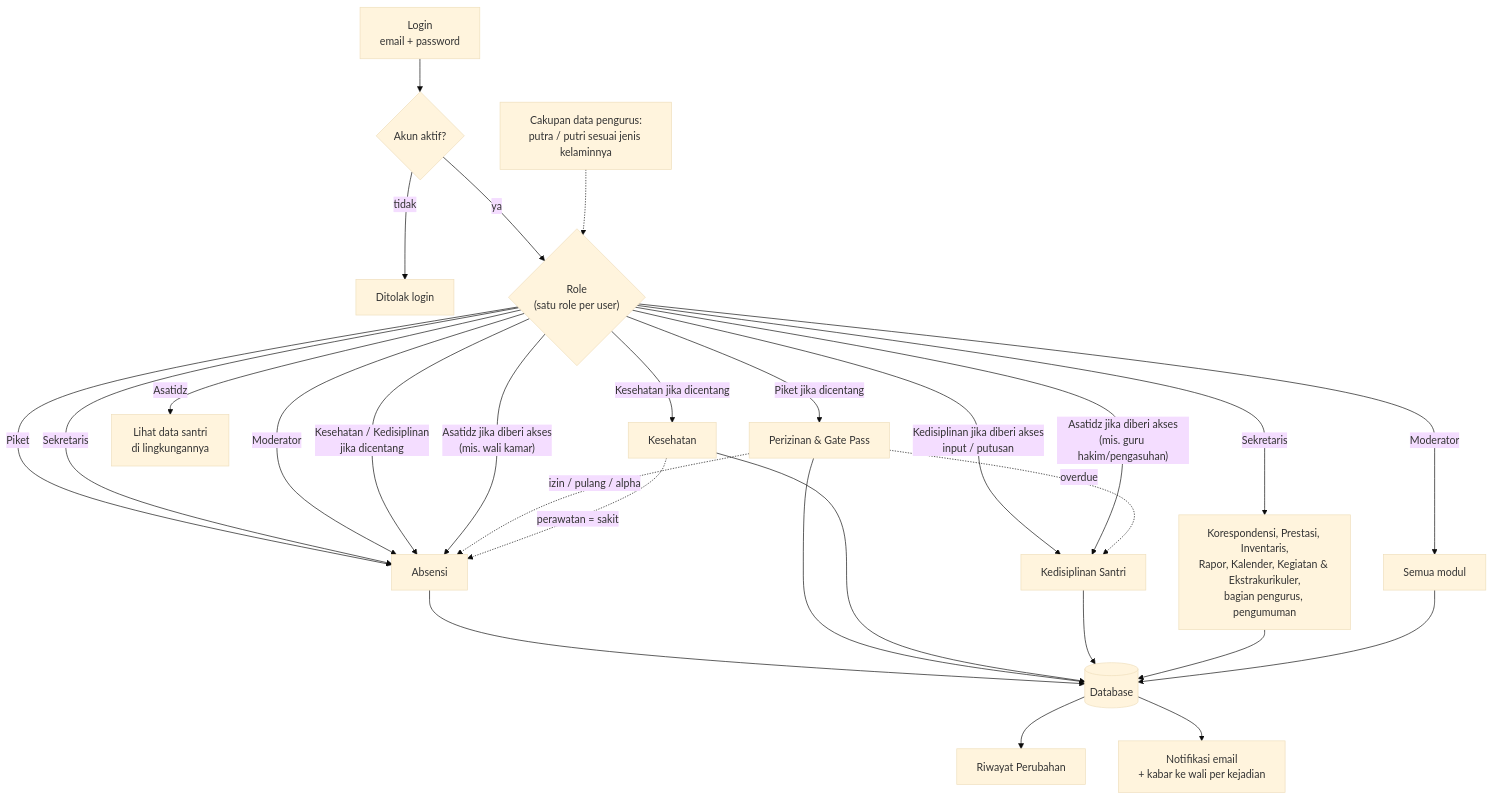
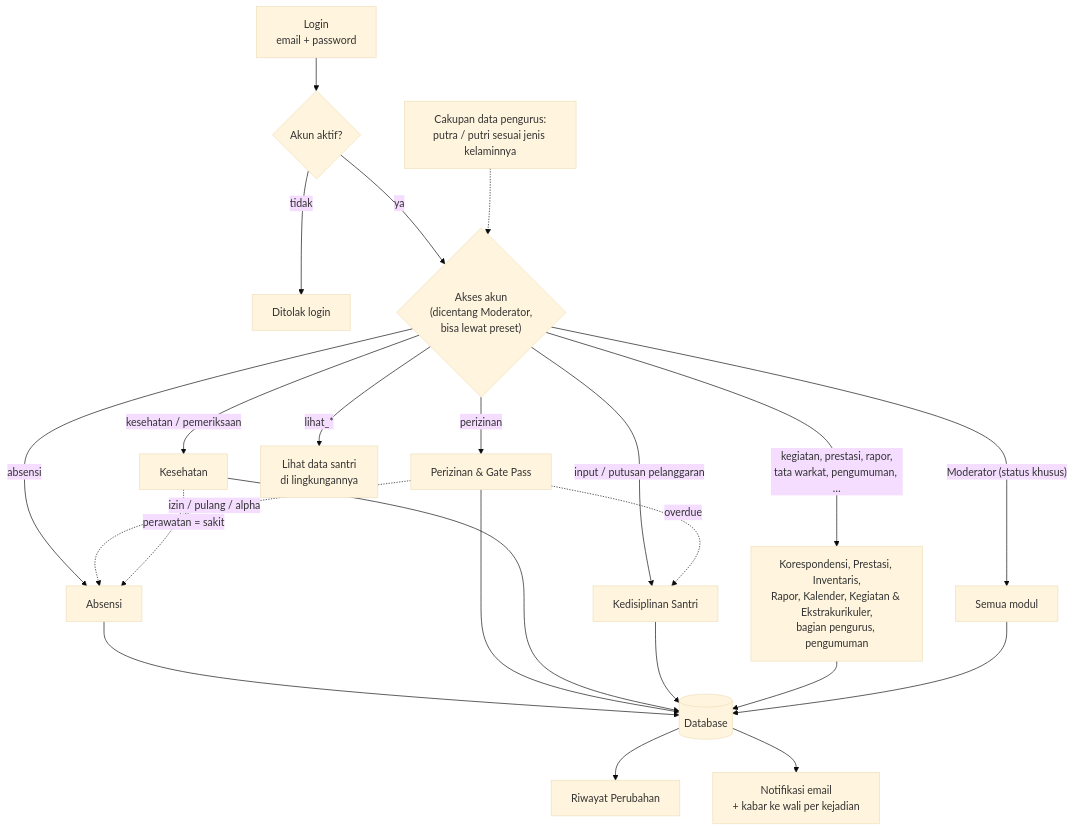
Before and after one commit to SiJao/ProjectJao: the first of 6 diagrams in README.md, drawn with Mermaid (base theme). The commit also changed other lines of this file and 7 other files, not shown here.

First line of the commit message:
Hapus sistem role: akses manual per akun + preset akses

````diff
--- a/README.md
+++ b/README.md
@@ -256,35 +256,29 @@
 ```mermaid
 flowchart TD
     A["Login<br/>email + password"] --> B{"Akun aktif?"}
     B -- "tidak" --> Z["Ditolak login"]
-    B -- "ya" --> C{"Role<br/>(satu role per user)"}
+    B -- "ya" --> C{"Akses akun<br/>(dicentang Moderator,<br/>bisa lewat preset)"}
 
-    C -- "Piket" --> M1["Absensi"]
-    C -- "Sekretaris" --> M1
-    C -- "Moderator" --> M1
-    C -- "Kesehatan / Kedisiplinan<br/>jika dicentang" --> M1
-
-    C -- "Piket jika dicentang" --> M2["Perizinan & Gate Pass"]
-    C -- "Kesehatan jika dicentang" --> M3["Kesehatan"]
-    C -- "Kedisiplinan jika diberi akses<br/>input / putusan" --> M4["Kedisiplinan Santri"]
-    C -- "Sekretaris" --> M5["Korespondensi, Prestasi, Inventaris,<br/>Rapor, Kalender, Kegiatan & Ekstrakurikuler,<br/>bagian pengurus, pengumuman"]
-    C -- "Asatidz" --> M6["Lihat data santri<br/>di lingkungannya"]
-    C -- "Asatidz jika diberi akses<br/>(mis. guru hakim/pengasuhan)" --> M4
-    C -- "Asatidz jika diberi akses<br/>(mis. wali kamar)" --> M1
-    C -- "Moderator" --> M7["Semua modul"]
+    C -- "absensi" --> M1["Absensi"]
+    C -- "perizinan" --> M2["Perizinan & Gate Pass"]
+    C -- "kesehatan / pemeriksaan" --> M3["Kesehatan"]
+    C -- "input / putusan pelanggaran" --> M4["Kedisiplinan Santri"]
+    C -- "kegiatan, prestasi, rapor,<br/>tata warkat, pengumuman, …" --> M5["Korespondensi, Prestasi, Inventaris,<br/>Rapor, Kalender, Kegiatan & Ekstrakurikuler,<br/>bagian pengurus, pengumuman"]
+    C -- "lihat_*" --> M6["Lihat data santri<br/>di lingkungannya"]
+    C -- "Moderator (status khusus)" --> M7["Semua modul"]
 
     S["Cakupan data pengurus:<br/>putra / putri sesuai jenis kelaminnya"] -.-> C
 
     M2 -. "overdue" .-> M4
     M2 -. "izin / pulang / alpha" .-> M1
     M3 -. "perawatan = sakit" .-> M1
 
     M1 --> DB[("Database")]
     M2 --> DB
     M3 --> DB
     M4 --> DB
     M5 --> DB
     M7 --> DB
     DB --> L["Riwayat Perubahan"]
     DB --> N["Notifikasi email<br/>+ kabar ke wali per kejadian"]
 ```
````
